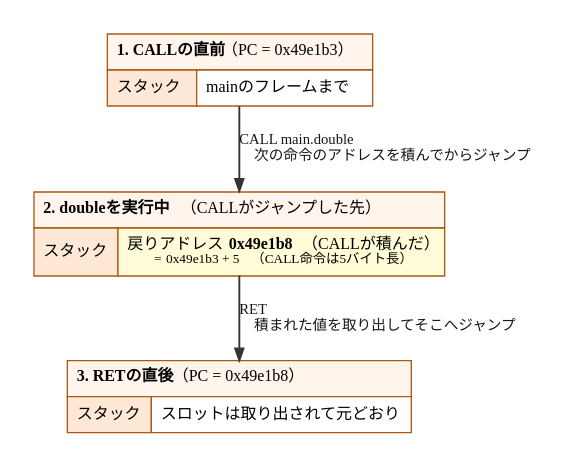
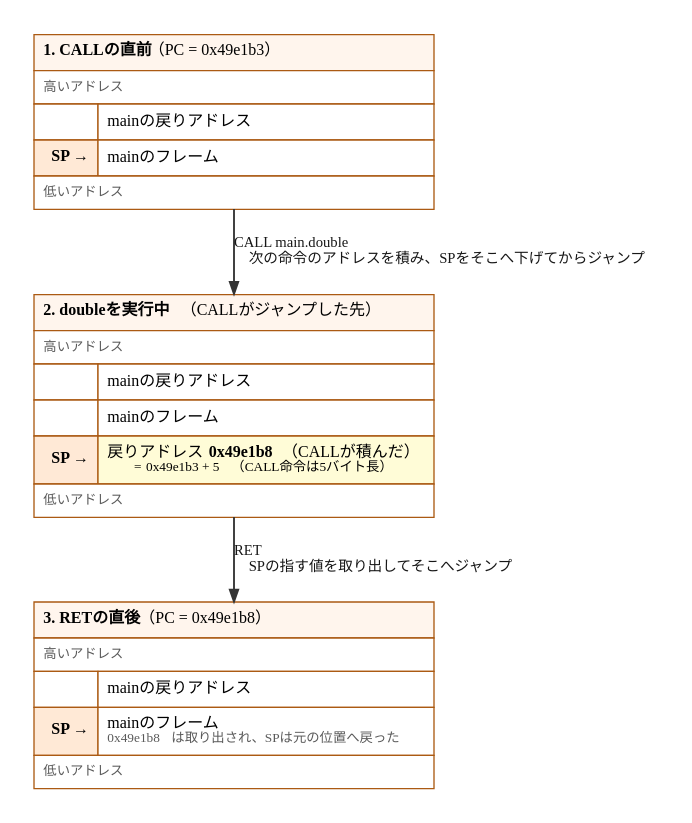
Before and after one commit to ymotongpoo/zenn.dev: the diagram in diagrams/go-ebpf-primer/20260820-call-ret-timeline.dot, drawn with Graphviz. The commit also changed 7 other files, not shown here.

```diff
--- a/diagrams/go-ebpf-primer/20260820-call-ret-timeline.dot
+++ b/diagrams/go-ebpf-primer/20260820-call-ret-timeline.dot
@@ -1,42 +1,52 @@
 // CALLとRETによる戻りアドレスの受け渡し
 digraph call_ret_timeline {
   graph [
     fontname="IBM Plex Sans JP", fontsize=13,
     rankdir=TB, compound=true, splines=true,
     nodesep=0.5, ranksep=0.7, pad=0.25,
     bgcolor="white", newrank=true
   ];
   node [
     fontname="IBM Plex Sans JP", fontsize=12,
     shape=box, style="rounded,filled",
     fillcolor="#F1F1F1", color="#4A4A4A", penwidth=1.6,
     margin="0.2,0.14"
   ];
   edge [
     fontname="IBM Plex Sans JP", fontsize=11,
     color="#343434", penwidth=1.4, arrowsize=0.9,
     fontcolor="#171717"
   ];
   ranksep=0.55;
 
   s1 [shape=plain, style="", label=<
     <table border="0" cellborder="1" cellspacing="0" cellpadding="6" color="#AB5A13">
-      <tr><td colspan="2" align="left" bgcolor="#FFF5ED"><b>1. CALLの直前</b>（PC = 0x49e1b3）</td></tr>
-      <tr><td align="left" bgcolor="#FFE9D6">スタック</td><td align="left" bgcolor="#FFFFFF">mainのフレームまで</td></tr>
+      <tr><td colspan="2" width="300" align="left" bgcolor="#FFF5ED"><b>1. CALLの直前</b>（PC = 0x49e1b3）</td></tr>
+      <tr><td colspan="2" align="left" bgcolor="#FFFFFF"><font point-size="10" color="#5A5A5A">高いアドレス</font></td></tr>
+      <tr><td width="46" align="right" bgcolor="#FFFFFF"> </td><td width="250" align="left" bgcolor="#FFFFFF">mainの戻りアドレス</td></tr>
+      <tr><td width="46" align="right" bgcolor="#FFE9D6"><b>SP →</b></td><td width="250" align="left" bgcolor="#FFFFFF">mainのフレーム</td></tr>
+      <tr><td colspan="2" align="left" bgcolor="#FFFFFF"><font point-size="10" color="#5A5A5A">低いアドレス</font></td></tr>
     </table>>];
 
   s2 [shape=plain, style="", label=<
     <table border="0" cellborder="1" cellspacing="0" cellpadding="6" color="#AB5A13">
-      <tr><td colspan="2" align="left" bgcolor="#FFF5ED"><b>2. doubleを実行中</b>（CALLがジャンプした先）</td></tr>
-      <tr><td align="left" bgcolor="#FFE9D6">スタック</td><td align="left" bgcolor="#FFFCD7">戻りアドレス <font face="JetBrains Mono"><b>0x49e1b8</b></font>（CALLが積んだ）<br align="left"/><font point-size="10">= <font face="JetBrains Mono">0x49e1b3 + 5</font>（CALL命令は5バイト長）</font></td></tr>
+      <tr><td colspan="2" width="300" align="left" bgcolor="#FFF5ED"><b>2. doubleを実行中</b>（CALLがジャンプした先）</td></tr>
+      <tr><td colspan="2" align="left" bgcolor="#FFFFFF"><font point-size="10" color="#5A5A5A">高いアドレス</font></td></tr>
+      <tr><td width="46" align="right" bgcolor="#FFFFFF"> </td><td width="250" align="left" bgcolor="#FFFFFF">mainの戻りアドレス</td></tr>
+      <tr><td width="46" align="right" bgcolor="#FFFFFF"> </td><td width="250" align="left" bgcolor="#FFFFFF">mainのフレーム</td></tr>
+      <tr><td width="46" align="right" bgcolor="#FFE9D6"><b>SP →</b></td><td width="250" align="left" bgcolor="#FFFCD7">戻りアドレス <font face="JetBrains Mono"><b>0x49e1b8</b></font>（CALLが積んだ）<br align="left"/><font point-size="10">= <font face="JetBrains Mono">0x49e1b3 + 5</font>（CALL命令は5バイト長）</font></td></tr>
+      <tr><td colspan="2" align="left" bgcolor="#FFFFFF"><font point-size="10" color="#5A5A5A">低いアドレス</font></td></tr>
     </table>>];
 
   s3 [shape=plain, style="", label=<
     <table border="0" cellborder="1" cellspacing="0" cellpadding="6" color="#AB5A13">
-      <tr><td colspan="2" align="left" bgcolor="#FFF5ED"><b>3. RETの直後</b>（PC = 0x49e1b8）</td></tr>
-      <tr><td align="left" bgcolor="#FFE9D6">スタック</td><td align="left" bgcolor="#FFFFFF">スロットは取り出されて元どおり</td></tr>
+      <tr><td colspan="2" width="300" align="left" bgcolor="#FFF5ED"><b>3. RETの直後</b>（PC = 0x49e1b8）</td></tr>
+      <tr><td colspan="2" align="left" bgcolor="#FFFFFF"><font point-size="10" color="#5A5A5A">高いアドレス</font></td></tr>
+      <tr><td width="46" align="right" bgcolor="#FFFFFF"> </td><td width="250" align="left" bgcolor="#FFFFFF">mainの戻りアドレス</td></tr>
+      <tr><td width="46" align="right" bgcolor="#FFE9D6"><b>SP →</b></td><td width="250" align="left" bgcolor="#FFFFFF">mainのフレーム<br align="left"/><font point-size="10" color="#5A5A5A"><font face="JetBrains Mono">0x49e1b8</font> は取り出され、SPは元の位置へ戻った</font></td></tr>
+      <tr><td colspan="2" align="left" bgcolor="#FFFFFF"><font point-size="10" color="#5A5A5A">低いアドレス</font></td></tr>
     </table>>];
 
-  s1 -> s2 [label=" CALL main.double\l 　次の命令のアドレスを積んでからジャンプ\l"];
-  s2 -> s3 [label=" RET\l 　積まれた値を取り出してそこへジャンプ\l"];
+  s1 -> s2 [label=" CALL main.double\l 　次の命令のアドレスを積み、SPをそこへ下げてからジャンプ\l"];
+  s2 -> s3 [label=" RET\l 　SPの指す値を取り出してそこへジャンプ\l"];
 }
```
